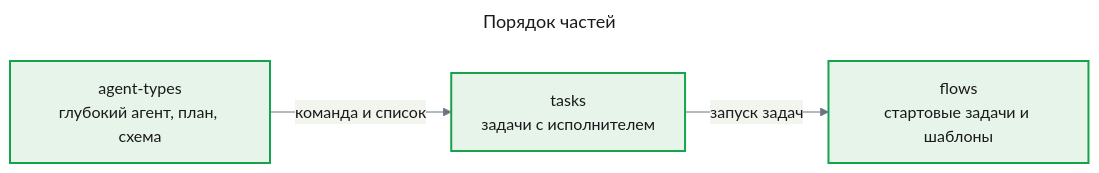
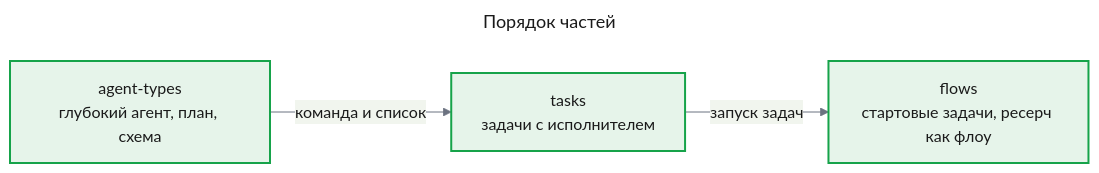
Before and after one commit to tundraray/agent-os: the sixth of 6 diagrams in docs/features/deep-agents/prd.md, drawn with Mermaid. The commit also changed other lines of this file, not shown here.

````diff
--- a/docs/features/deep-agents/prd.md
+++ b/docs/features/deep-agents/prd.md
@@ -592,23 +518,23 @@
 ```mermaid
 ---
 title: "Порядок частей"
 config:
   theme: base
   look: classic
   themeVariables:
     primaryColor: "#eef1f5"
     primaryBorderColor: "#4b5563"
     primaryTextColor: "#1a1a1a"
     lineColor: "#6b7280"
   flowchart:
     curve: step
 ---
 flowchart LR
     types["agent-types<br/>глубокий агент, план, схема"]
     tasks["tasks<br/>задачи с исполнителем"]
-    flows["flows<br/>стартовые задачи и шаблоны"]
+    flows["flows<br/>стартовые задачи, ресерч как флоу"]
     types -->|"команда и список"| tasks
     tasks -->|"запуск задач"| flows
     classDef new fill:#e6f4ea,stroke:#16a34a,stroke-width:2px,color:#1a1a1a
     class types,tasks,flows new
 ```
````
